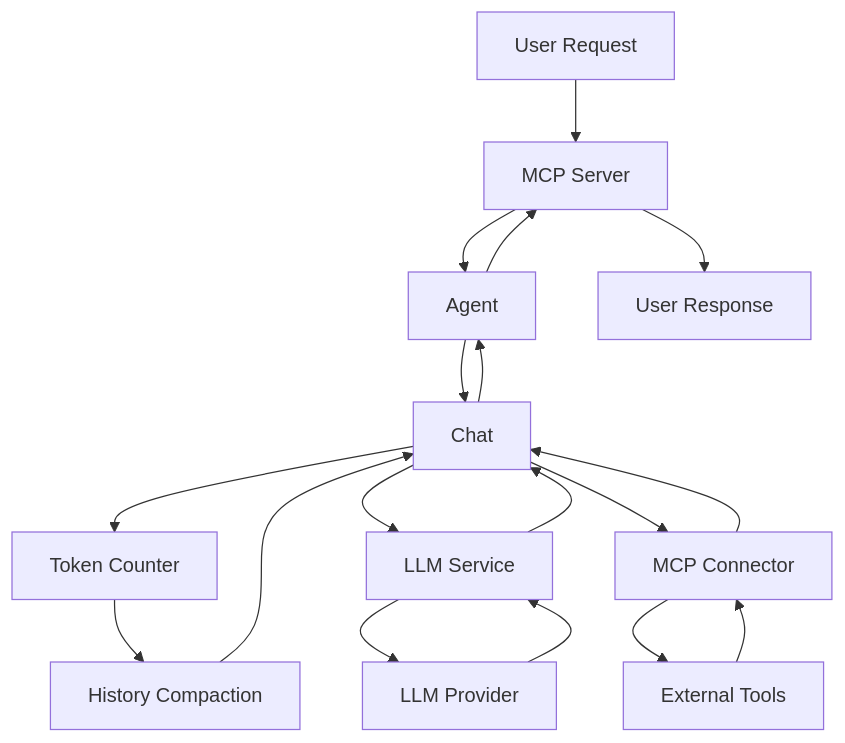
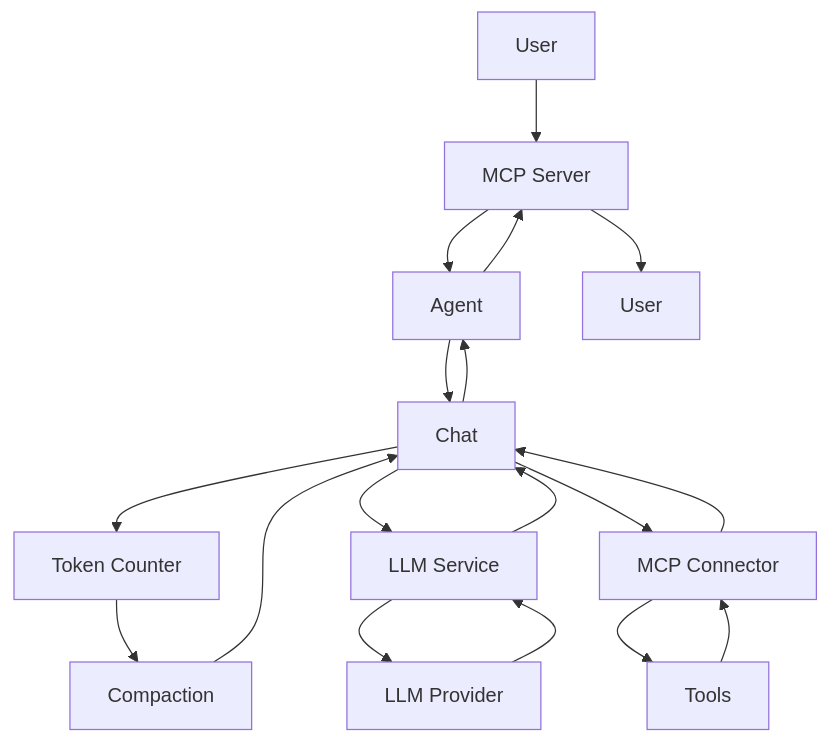
Before and after one commit to korchasa/speelka-agent: the second of 3 diagrams in documents/architecture.md, drawn with Mermaid. The commit also changed other lines of this file and 9 other files, not shown here.

````diff
--- a/documents/architecture.md
+++ b/documents/architecture.md
@@ -94,20 +83,20 @@
 ```mermaid
 graph TD
-    A[User Request] --> B[MCP Server]
+    A[User] --> B[MCP Server]
     B --> C[Agent]
     C --> D[Chat]
     D --> DA[Token Counter]
-    DA --> DB[History Compaction]
+    DA --> DB[Compaction]
     DB --> D
     D --> E[LLM Service]
     E --> F[LLM Provider]
     F --> E
     E --> D
     D --> G[MCP Connector]
-    G --> H[External Tools]
+    G --> H[Tools]
     H --> G
     G --> D
     D --> C
     C --> B
-    B --> I[User Response]
+    B --> I[User]
 ```
````
